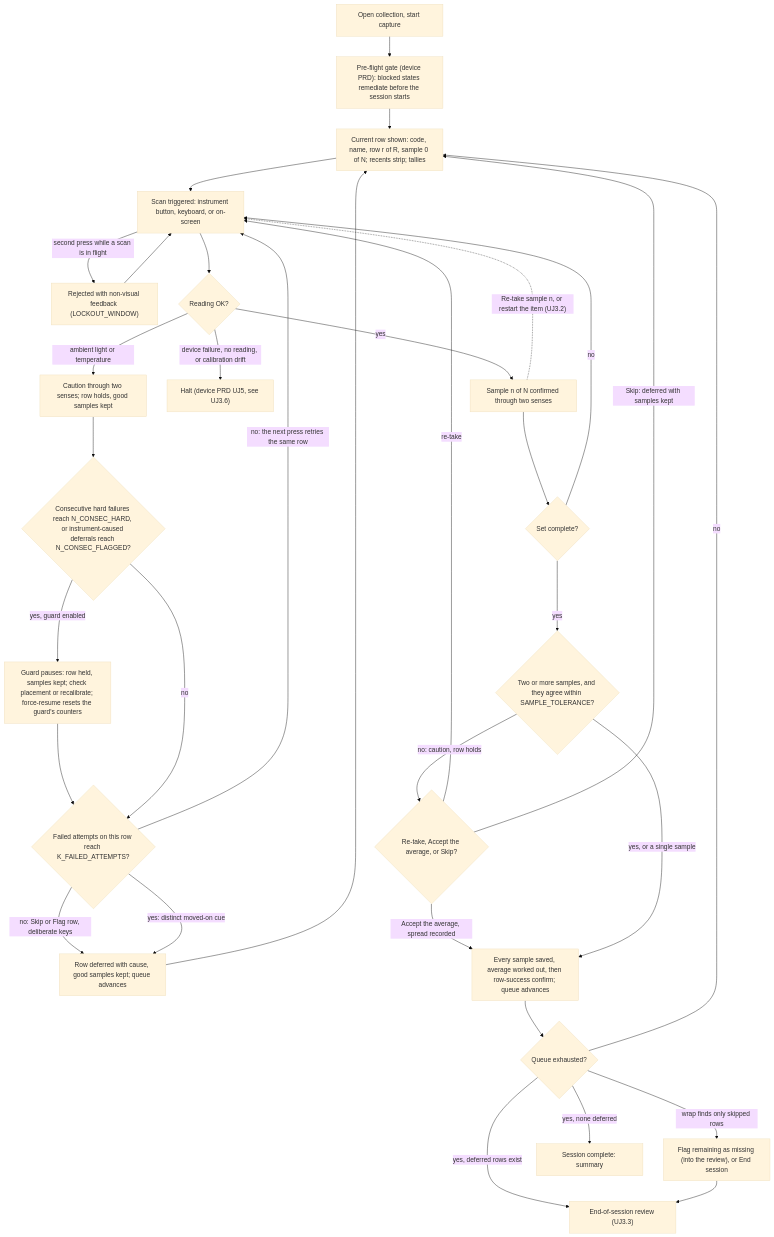
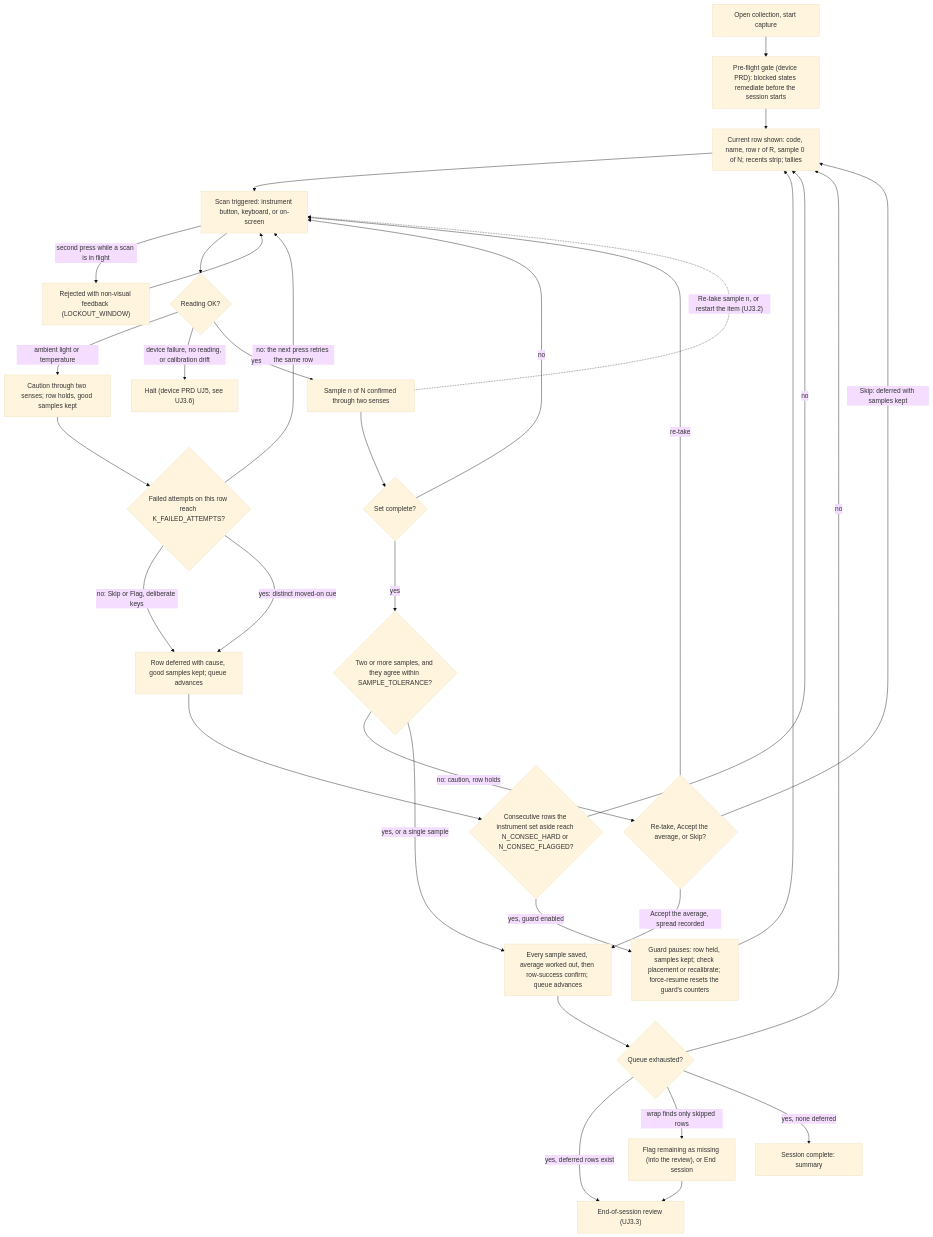
The fourth of 6 diagrams in docs/product/prd-capture-mode.md (vinnyp/spectro-capture), drawn with Mermaid (base theme) before and after one commit. The commit also changed other lines of this file and 3 other files, not shown here.

````diff
--- a/docs/product/prd-capture-mode.md
+++ b/docs/product/prd-capture-mode.md
@@ -302,35 +302,35 @@
 ```mermaid
 flowchart TD
     A["Open collection, start capture"] --> B["Pre-flight gate (device PRD): blocked states remediate before the session starts"]
     B --> C["Current row shown: code, name, row r of R, sample 0 of N; recents strip; tallies"]
     C --> D["Scan triggered: instrument button, keyboard, or on-screen"]
     D -- "second press while a scan is in flight" --> D1["Rejected with non-visual feedback (LOCKOUT_WINDOW)"]
     D1 --> D
     D --> E{Reading OK?}
     E -- "ambient light or temperature" --> F["Caution through two senses; row holds, good samples kept"]
-    F --> K{"Consecutive hard failures reach N_CONSEC_HARD, or instrument-caused deferrals reach N_CONSEC_FLAGGED?"}
+    F --> F2{"Failed attempts on this row reach K_FAILED_ATTEMPTS?"}
+    F2 -- "no: the next press retries the same row" --> D
+    F2 -- "no: Skip or Flag, deliberate keys" --> F3["Row deferred with cause, good samples kept; queue advances"]
+    F2 -- "yes: distinct moved-on cue" --> F3
+    F3 --> K{"Consecutive rows the instrument set aside reach N_CONSEC_HARD or N_CONSEC_FLAGGED?"}
     K -- "yes, guard enabled" --> L["Guard pauses: row held, samples kept; check placement or recalibrate; force-resume resets the guard's counters"]
-    L --> F2
-    K -- no --> F2{"Failed attempts on this row reach K_FAILED_ATTEMPTS?"}
-    F2 -- "no: the next press retries the same row" --> D
-    F2 -- "no: Skip or Flag row, deliberate keys" --> F3["Row deferred with cause, good samples kept; queue advances"]
-    F2 -- "yes: distinct moved-on cue" --> F3
-    F3 --> C
+    L --> C
+    K -- no --> C
     E -- "device failure, no reading, or calibration drift" --> X["Halt (device PRD UJ5, see UJ3.6)"]
     E -- yes --> G["Sample n of N confirmed through two senses"]
     G --> H{Set complete?}
     H -- no --> D
     G -. "Re-take sample n, or restart the item (UJ3.2)" .-> D
     H -- yes --> I{"Two or more samples, and they agree within SAMPLE_TOLERANCE?"}
     I -- "no: caution, row holds" --> I1{"Re-take, Accept the average, or Skip?"}
     I1 -- "re-take" --> D
     I1 -- "Accept the average, spread recorded" --> J
     I1 -- "Skip: deferred with samples kept" --> C
     I -- "yes, or a single sample" --> J["Every sample saved, average worked out, then row-success confirm; queue advances"]
     J --> M{Queue exhausted?}
     M -- no --> C
     M -- "yes, deferred rows exist" --> N["End-of-session review (UJ3.3)"]
     M -- "wrap finds only skipped rows" --> N2["Flag remaining as missing (into the review), or End session"]
     N2 --> N
     M -- "yes, none deferred" --> O["Session complete: summary"]
 ```
````
